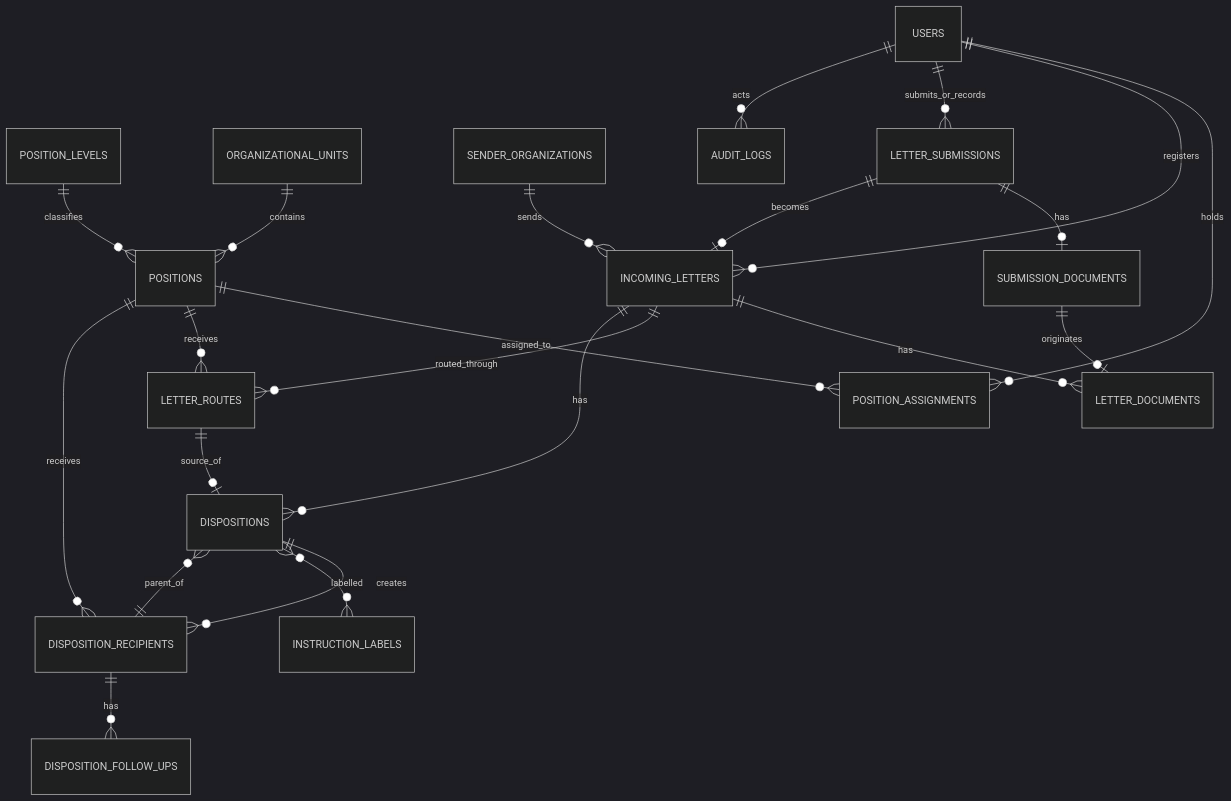
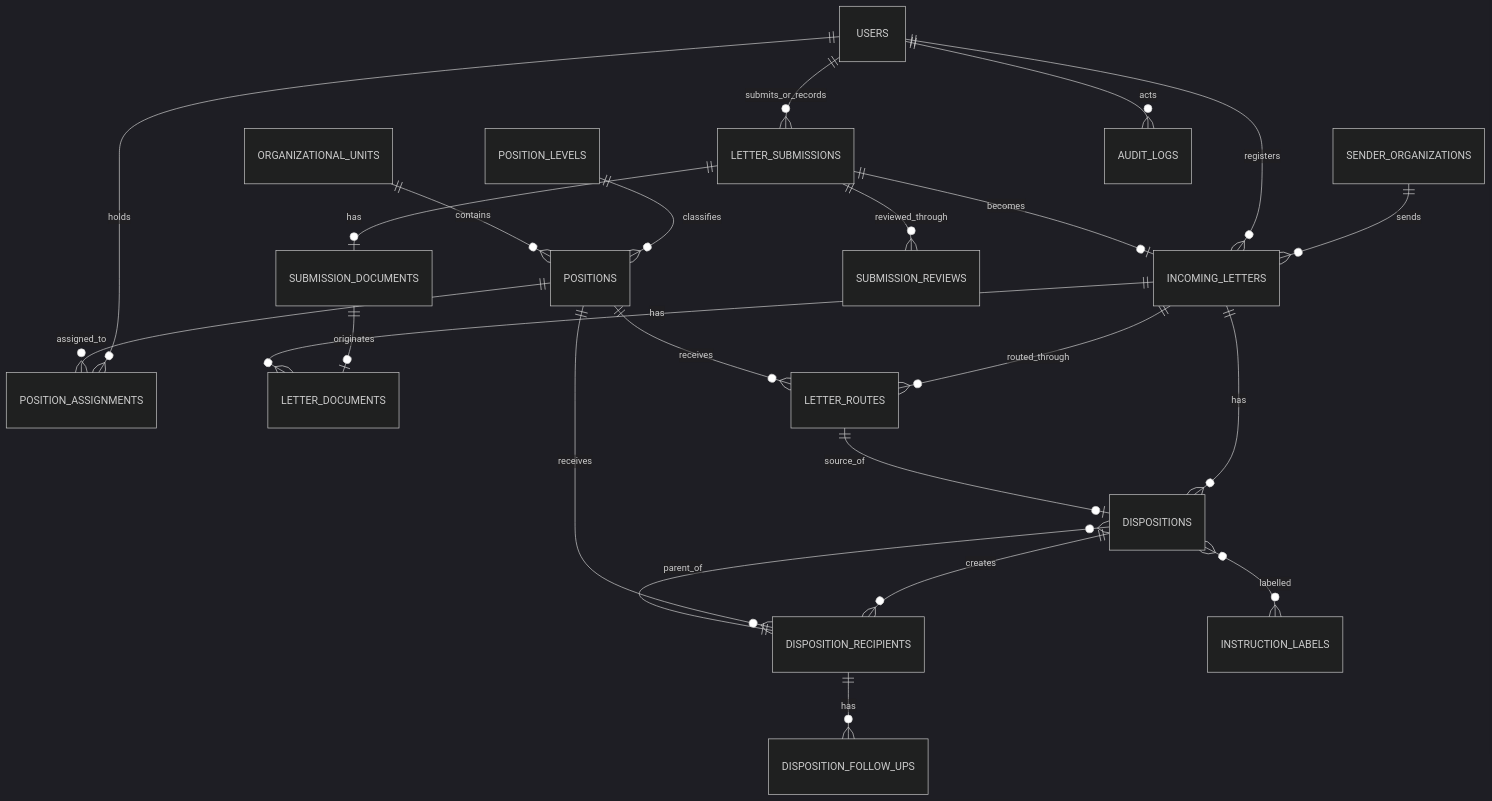
The diagram in database-schema.md (ARSAL21/system-disposisi-surat), drawn with Mermaid (dark theme) before and after one commit. The commit also changed other lines of this file and 3 other files, not shown here.

Commit message:
docs: update system design, database schema, workflow specs, and permission matrix for intake screening

````diff
--- a/database-schema.md
+++ b/database-schema.md
@@ -53,33 +53,34 @@
 ```mermaid
 erDiagram
     USERS ||--o{ POSITION_ASSIGNMENTS : holds
     POSITIONS ||--o{ POSITION_ASSIGNMENTS : assigned_to
     POSITION_LEVELS ||--o{ POSITIONS : classifies
     ORGANIZATIONAL_UNITS ||--o{ POSITIONS : contains
 
     SENDER_ORGANIZATIONS ||--o{ INCOMING_LETTERS : sends
     USERS ||--o{ INCOMING_LETTERS : registers
 
     USERS ||--o{ LETTER_SUBMISSIONS : submits_or_records
     LETTER_SUBMISSIONS ||--o| SUBMISSION_DOCUMENTS : has
+    LETTER_SUBMISSIONS ||--o{ SUBMISSION_REVIEWS : reviewed_through
     LETTER_SUBMISSIONS ||--o| INCOMING_LETTERS : becomes
     SUBMISSION_DOCUMENTS ||--o| LETTER_DOCUMENTS : originates
 
     INCOMING_LETTERS ||--o{ LETTER_DOCUMENTS : has
     INCOMING_LETTERS ||--o{ LETTER_ROUTES : routed_through
 
     POSITIONS ||--o{ LETTER_ROUTES : receives
 
     INCOMING_LETTERS ||--o{ DISPOSITIONS : has
     LETTER_ROUTES ||--o| DISPOSITIONS : source_of
     DISPOSITION_RECIPIENTS ||--o{ DISPOSITIONS : parent_of
 
     DISPOSITIONS ||--o{ DISPOSITION_RECIPIENTS : creates
     POSITIONS ||--o{ DISPOSITION_RECIPIENTS : receives
 
     DISPOSITIONS }o--o{ INSTRUCTION_LABELS : labelled
 
     DISPOSITION_RECIPIENTS ||--o{ DISPOSITION_FOLLOW_UPS : has
 
     USERS ||--o{ AUDIT_LOGS : acts
 ```
````
